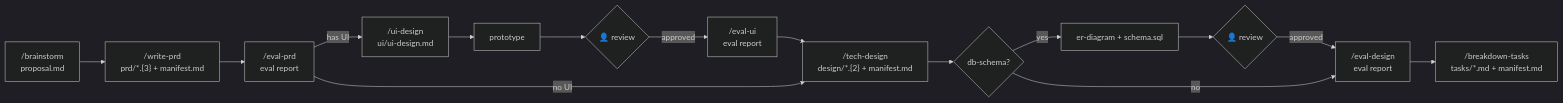
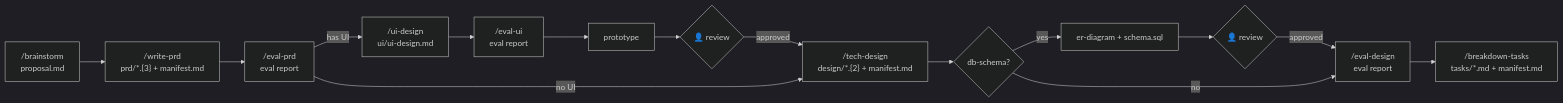
The first of 2 diagrams in plugins/forge/hooks/guide.md (bigfaner/forge), drawn with Mermaid (dark theme) before and after one commit. The commit also changed 9 other files, not shown here.

First line of the commit message:
feat(forge): add Navigation Architecture to write-prd and ui-design skills

````diff
--- a/plugins/forge/hooks/guide.md
+++ b/plugins/forge/hooks/guide.md
@@ -33,17 +33,17 @@
 ```mermaid
 graph LR
     A["/brainstorm<br>proposal.md"] --> B["/write-prd<br>prd/*.{3} + manifest.md"]
     B --> C["/eval-prd<br>eval report"]
     C -->|"has UI"| G["/ui-design<br>ui/ui-design.md"]
-    G --> G1["prototype"]
+    G --> H["/eval-ui<br>eval report"]
+    H --> G1["prototype"]
     G1 --> G2{"👤 review"}
-    G2 -->|"approved"| H["/eval-ui<br>eval report"]
-    H --> D
+    G2 -->|"approved"| D
     C -->|"no UI"| D["/tech-design<br>design/*.{2} + manifest.md"]
     D --> D1{"db-schema?"}
     D1 -->|"yes"| D2["er-diagram + schema.sql"]
     D2 --> D3{"👤 review"}
     D3 -->|"approved"| E
     D1 -->|"no"| E["/eval-design<br>eval report"]
     E --> F["/breakdown-tasks<br>tasks/*.md + manifest.md"]
 ```
````
